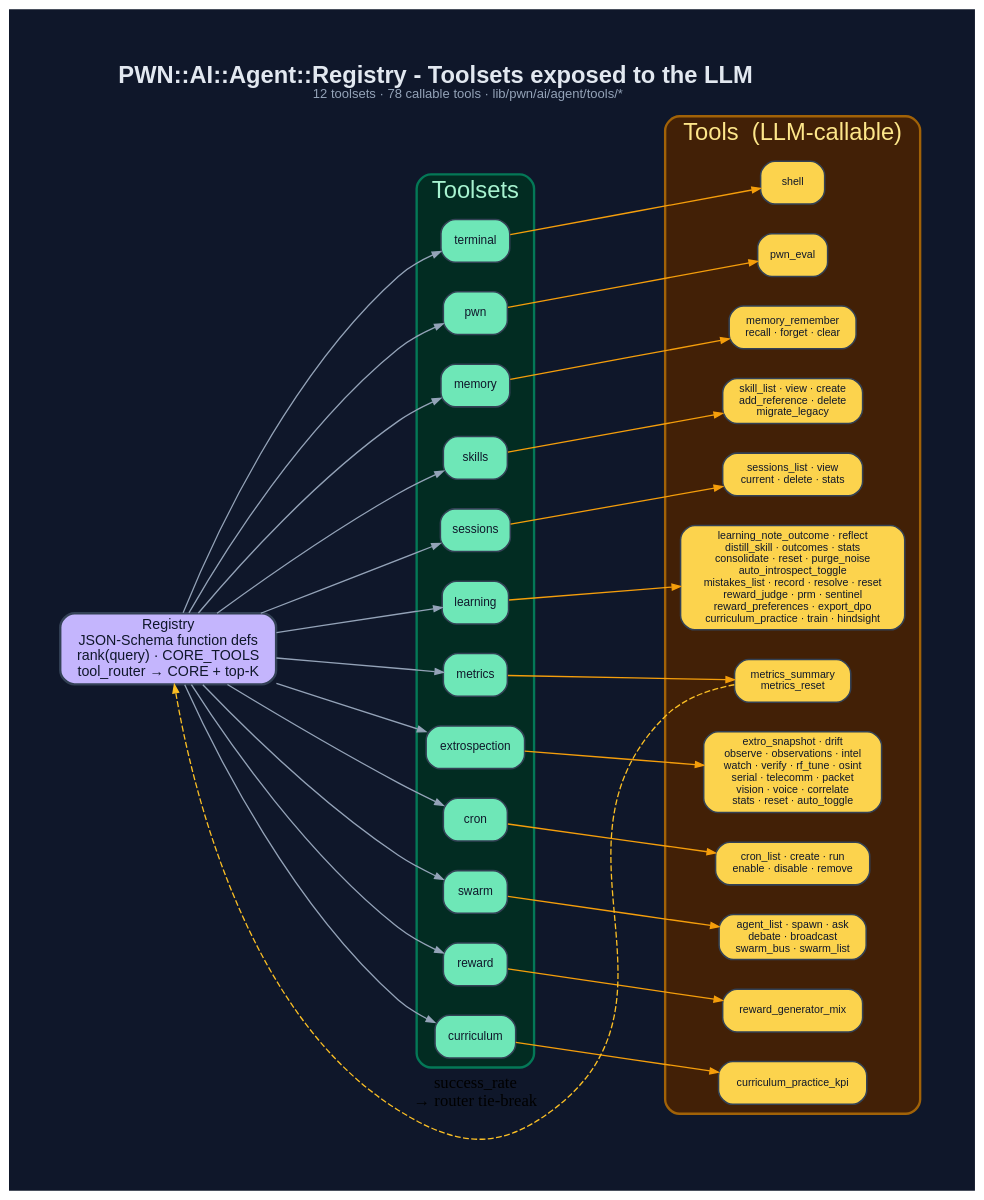
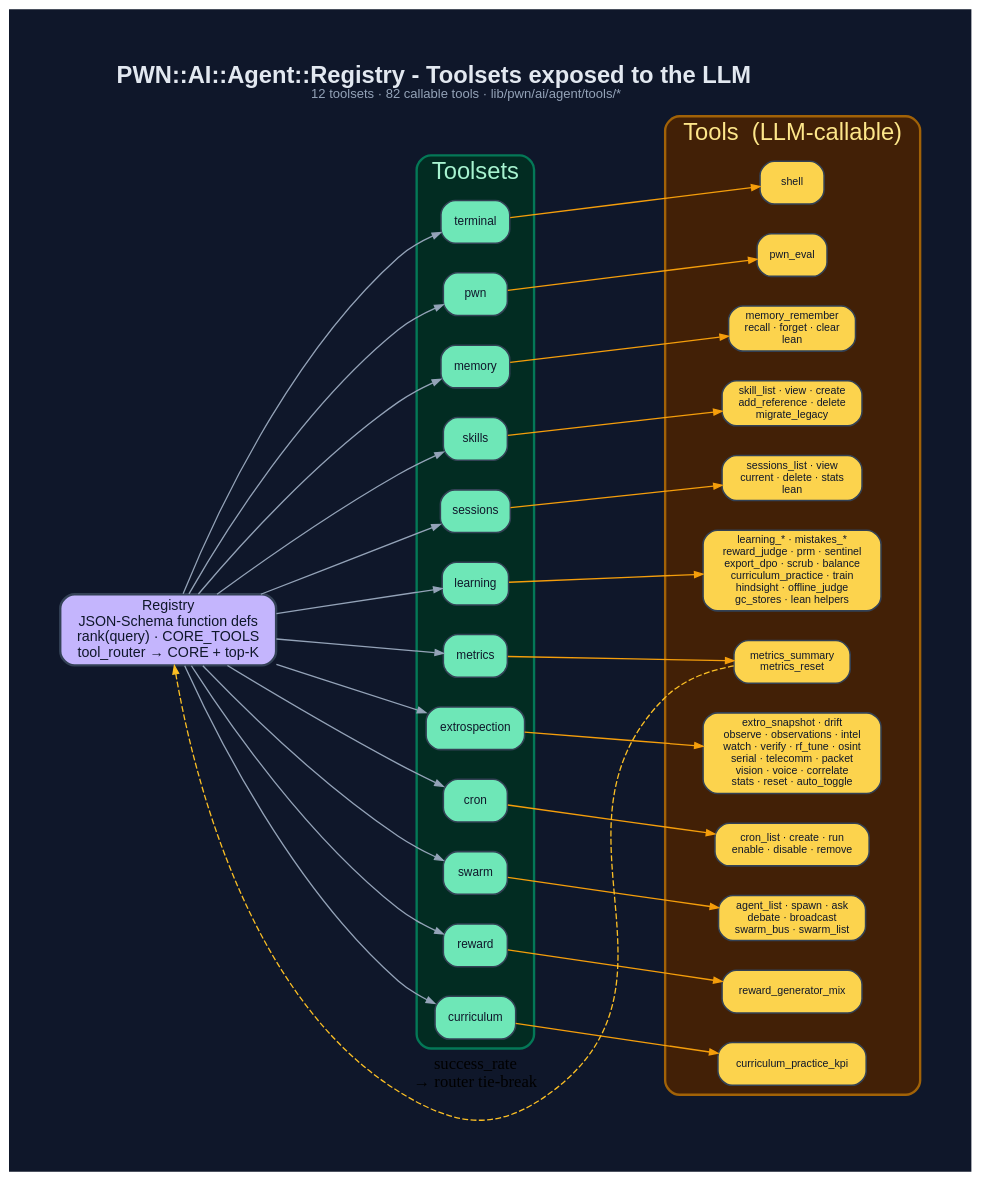
The diagram in documentation/diagrams/dot/agent-tool-registry.dot (0dayInc/pwn), drawn with Graphviz before and after one commit. The commit also changed 39 other files, not shown here.

```diff
--- a/documentation/diagrams/dot/agent-tool-registry.dot
+++ b/documentation/diagrams/dot/agent-tool-registry.dot
@@ -1,68 +1,68 @@
 digraph "PWN_Agent_Tool_Registry" {
   graph [
-    label=<<B>PWN::AI::Agent::Registry - Toolsets exposed to the LLM</B><BR/><FONT POINT-SIZE="11" COLOR="#94a3b8">12 toolsets · 78 callable tools · lib/pwn/ai/agent/tools/*</FONT>>,
+    label=<<B>PWN::AI::Agent::Registry - Toolsets exposed to the LLM</B><BR/><FONT POINT-SIZE="11" COLOR="#94a3b8">12 toolsets · 82 callable tools · lib/pwn/ai/agent/tools/*</FONT>>,
     labelloc=t, fontsize=20, fontname="Helvetica",
     rankdir=LR, splines=spline, nodesep=0.35, ranksep=1.4,
     bgcolor="#0f172a", fontcolor="#e2e8f0", pad=0.6, newrank=true
   ];
   node [fontname="Helvetica", fontsize=10, style="filled,rounded",
         shape=box, penwidth=1.3, color="#334155", fontcolor="#0f172a"];
   edge [color="#94a3b8", penwidth=1.1, arrowsize=0.7];
 
   Registry [label="Registry\nJSON-Schema function defs\nrank(query) · CORE_TOOLS\ntool_router → CORE + top-K", fillcolor="#c4b5fd", fontsize=12, penwidth=2];
 
   subgraph cluster_ts {
     label="Toolsets"; fontcolor="#a7f3d0"; style=rounded;
     color="#047857"; bgcolor="#022c22"; penwidth=2;
     terminal [label="terminal", fillcolor="#6ee7b7"];
     pwn      [label="pwn",      fillcolor="#6ee7b7"];
     memory   [label="memory",   fillcolor="#6ee7b7"];
     skills   [label="skills",   fillcolor="#6ee7b7"];
     sessions [label="sessions", fillcolor="#6ee7b7"];
     learning [label="learning", fillcolor="#6ee7b7"];
     metrics  [label="metrics",  fillcolor="#6ee7b7"];
     extro    [label="extrospection", fillcolor="#6ee7b7"];
     cron     [label="cron",     fillcolor="#6ee7b7"];
     swarm    [label="swarm",    fillcolor="#6ee7b7"];
     reward   [label="reward",   fillcolor="#6ee7b7"];
     curric   [label="curriculum", fillcolor="#6ee7b7"];
   }
 
   subgraph cluster_tools {
     label="Tools  (LLM-callable)"; fontcolor="#fde68a"; style=rounded;
     color="#a16207"; bgcolor="#422006"; penwidth=2;
     node [fillcolor="#fcd34d", fontsize=9];
     t_shell   [label="shell"];
     t_eval    [label="pwn_eval"];
-    t_mem     [label="memory_remember\nrecall · forget · clear"];
+    t_mem     [label="memory_remember\nrecall · forget · clear\nlean"];
     t_skill   [label="skill_list · view · create\nadd_reference · delete\nmigrate_legacy"];
-    t_sess    [label="sessions_list · view\ncurrent · delete · stats"];
-    t_learn   [label="learning_note_outcome · reflect\ndistill_skill · outcomes · stats\nconsolidate · reset · purge_noise\nauto_introspect_toggle\nmistakes_list · record · resolve · reset\nreward_judge · prm · sentinel\nreward_preferences · export_dpo\ncurriculum_practice · train · hindsight"];
+    t_sess    [label="sessions_list · view\ncurrent · delete · stats\nlean"];
+    t_learn   [label="learning_* · mistakes_*\nreward_judge · prm · sentinel\nexport_dpo · scrub · balance\ncurriculum_practice · train\nhindsight · offline_judge\ngc_stores · lean helpers"];
     t_metric  [label="metrics_summary\nmetrics_reset"];
     t_extro   [label="extro_snapshot · drift\nobserve · observations · intel\nwatch · verify · rf_tune · osint\nserial · telecomm · packet\nvision · voice · correlate\nstats · reset · auto_toggle"];
     t_cron    [label="cron_list · create · run\nenable · disable · remove"];
     t_swarm   [label="agent_list · spawn · ask\ndebate · broadcast\nswarm_bus · swarm_list"];
     t_reward  [label="reward_generator_mix"];
     t_curric  [label="curriculum_practice_kpi"];
   }
 
   Registry -> terminal; Registry -> pwn; Registry -> memory;
   Registry -> skills; Registry -> sessions; Registry -> learning;
   Registry -> metrics; Registry -> extro; Registry -> cron; Registry -> swarm;
   Registry -> reward; Registry -> curric;
 
   terminal -> t_shell  [color="#f59e0b"];
   pwn      -> t_eval   [color="#f59e0b"];
   memory   -> t_mem    [color="#f59e0b"];
   skills   -> t_skill  [color="#f59e0b"];
   sessions -> t_sess   [color="#f59e0b"];
   learning -> t_learn  [color="#f59e0b"];
   metrics  -> t_metric [color="#f59e0b"];
   extro    -> t_extro  [color="#f59e0b"];
   cron     -> t_cron   [color="#f59e0b"];
   swarm    -> t_swarm  [color="#f59e0b"];
   reward   -> t_reward [color="#f59e0b"];
   curric   -> t_curric [color="#f59e0b"];
 
   t_metric -> Registry [label="success_rate\n→ router tie-break", style=dashed, color="#fbbf24", constraint=false];
 }
```
